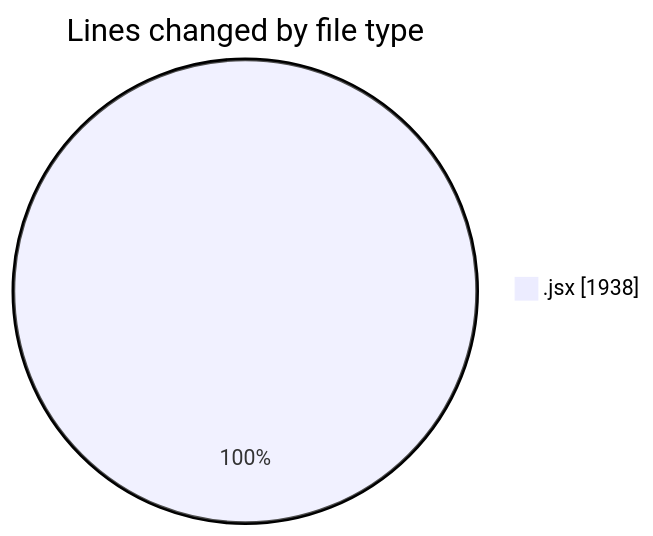
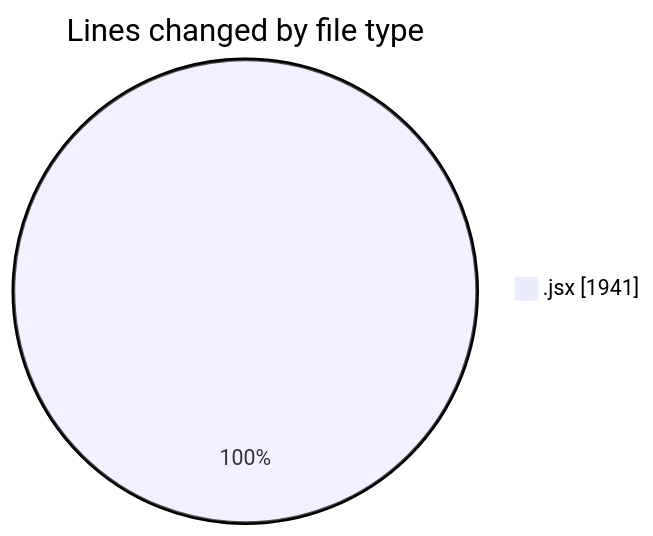
Before and after one commit to nxtqubesakshisongat/code-tracking: the first of 2 diagrams in 2025-10-13/nxtqube_webapp/README.md, drawn with Mermaid. The commit also changed other lines of this file and 1 other file, not shown here.

````diff
--- a/2025-10-13/nxtqube_webapp/README.md
+++ b/2025-10-13/nxtqube_webapp/README.md
@@ -21,5 +21,5 @@
 ```mermaid
 pie showData
 title Lines changed by file type
-".jsx" : 1938
+".jsx" : 1941
 ```
````
